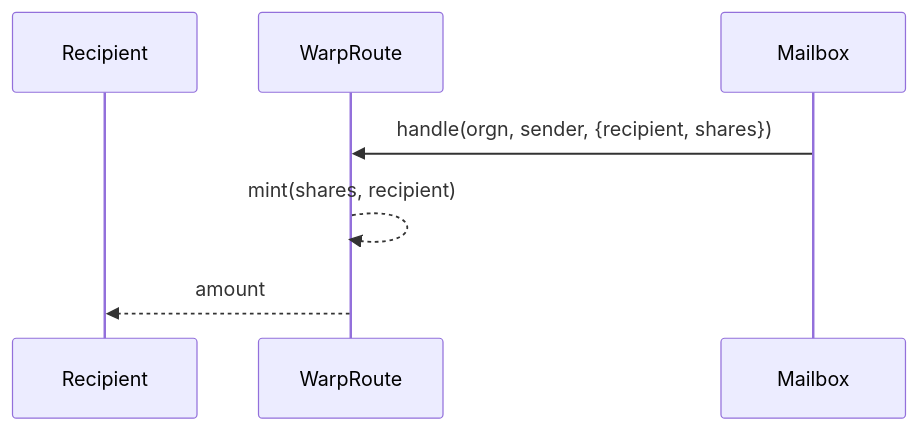
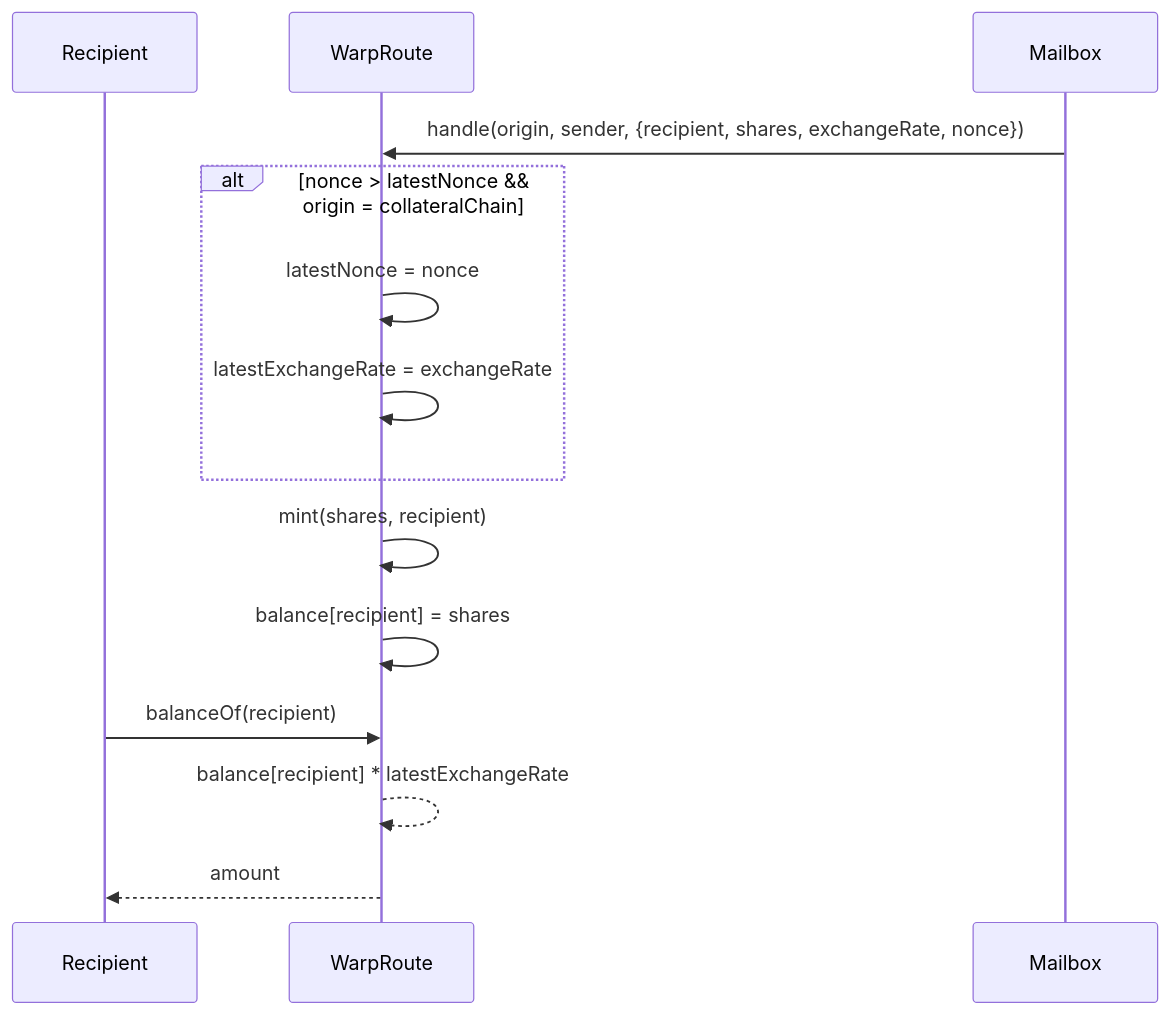
The second of 4 diagrams in solidity/contracts/token/extensions/4626.md (hyperlane-xyz/hyperlane-monorepo), drawn with Mermaid before and after one commit. The commit also changed other lines of this file, not shown here.

````diff
--- a/solidity/contracts/token/extensions/4626.md
+++ b/solidity/contracts/token/extensions/4626.md
@@ -22,10 +33,18 @@
 ```mermaid
 sequenceDiagram
     participant Recipient
     participant WarpRoute
     participant Mailbox
 
-    Mailbox->>WarpRoute: handle(orgn, sender, {recipient, shares})
-    WarpRoute-->>WarpRoute: mint(shares, recipient)
+    Mailbox->>WarpRoute: handle(origin, sender, {recipient, shares, exchangeRate, nonce})
+    alt nonce > latestNonce && origin = collateralChain
+        WarpRoute->>WarpRoute: latestNonce = nonce
+        WarpRoute->>WarpRoute: latestExchangeRate = exchangeRate
+    end
+
+    WarpRoute->>WarpRoute: mint(shares, recipient)
+    WarpRoute->>WarpRoute: balance[recipient] = shares
+    Recipient->>WarpRoute: balanceOf(recipient)
+    WarpRoute-->>WarpRoute: balance[recipient] * latestExchangeRate
     WarpRoute-->>Recipient: amount
 ```
````
